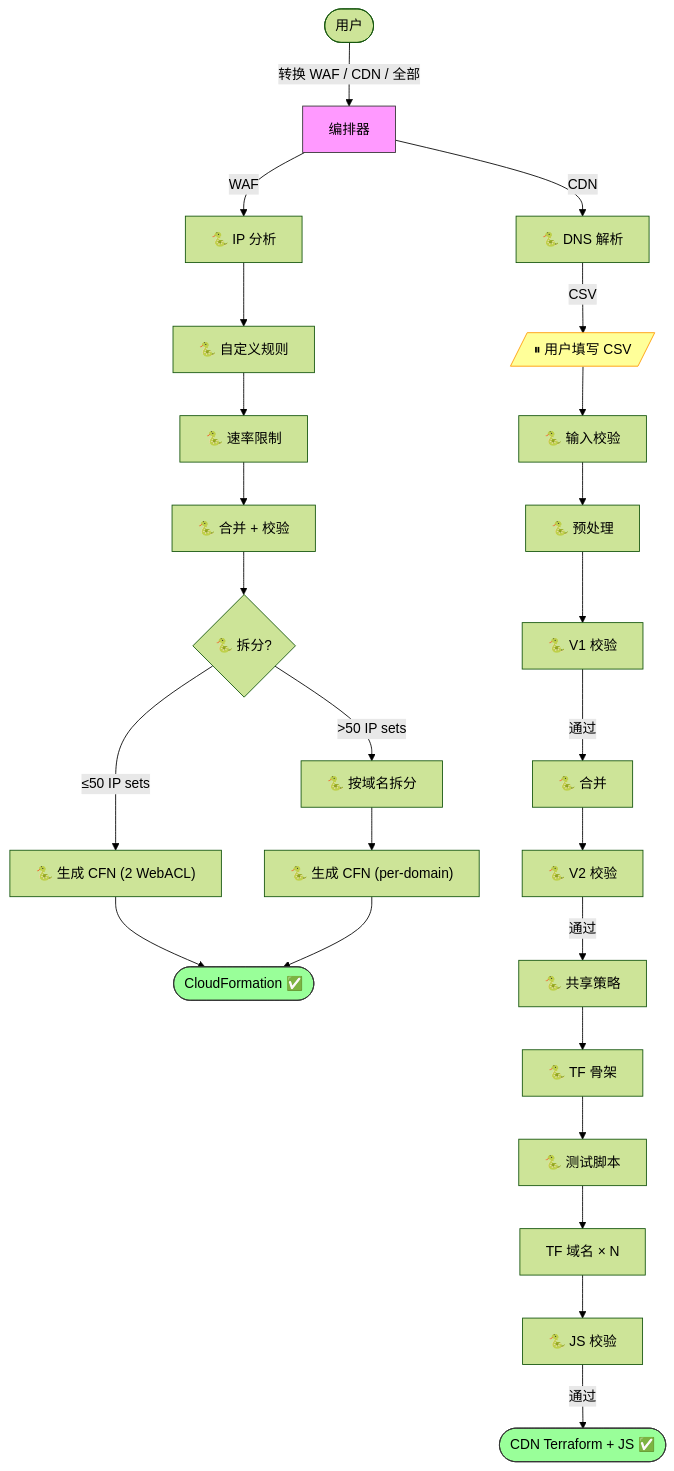
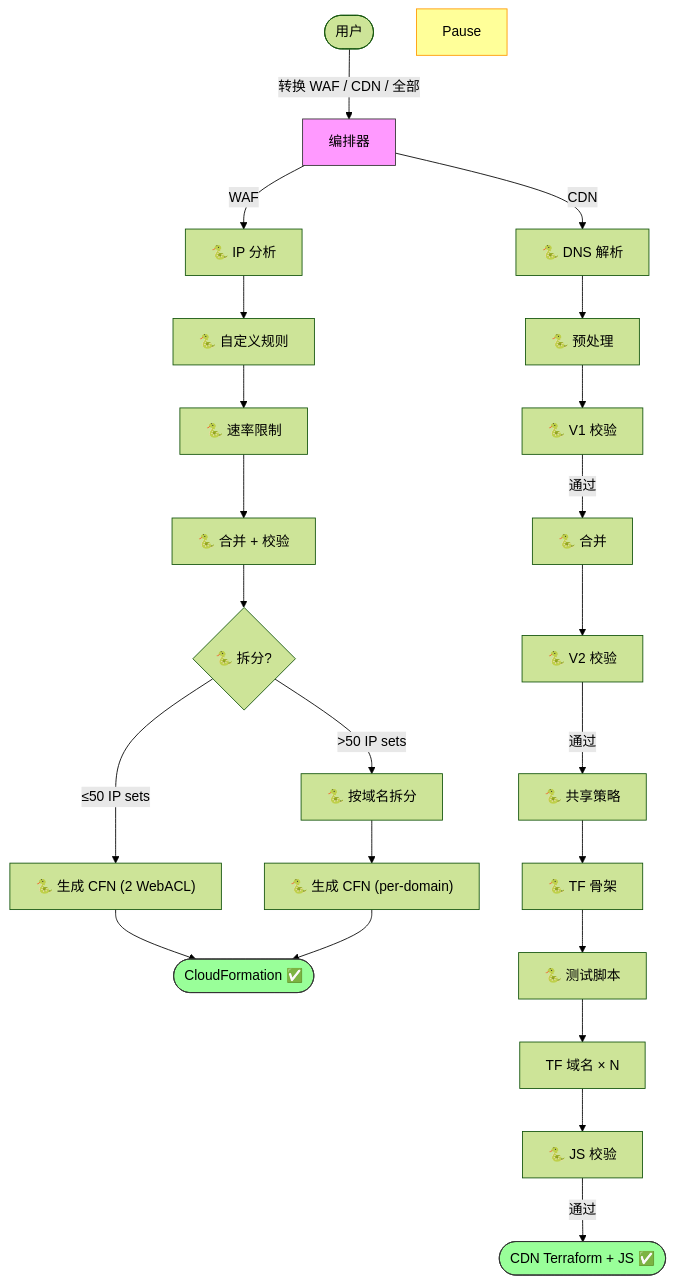
Before and after one commit to chenghit/cloudflare-aws-edge-config-converter: the diagram in README_CN.md, drawn with Mermaid (forest theme). The commit also changed other lines of this file and 5 other files, not shown here.

````diff
--- a/README_CN.md
+++ b/README_CN.md
@@ -85,25 +85,23 @@
 ```mermaid
 flowchart TD
     User([用户]) -->|"转换 WAF / CDN / 全部"| Main["编排器"]
 
     Main -->|WAF| WAF_A1["🐍 IP 分析"] --> WAF_A2["🐍 自定义规则"] --> WAF_A3["🐍 速率限制"] --> WAF_M["🐍 合并 + 校验"] --> WAF_S{"🐍 拆分?"} -->|"≤50 IP sets"| WAF_G["🐍 生成 CFN (2 WebACL)"] --> WAF_Done([CloudFormation ✅])
     WAF_S -->|">50 IP sets"| WAF_SP["🐍 按域名拆分"] --> WAF_GP["🐍 生成 CFN (per-domain)"] --> WAF_Done
 
-    Main -->|CDN| CDN1["🐍 DNS 解析"] -->|CSV| Pause[/"⏸ 用户填写 CSV"/]
-    Pause --> CDN2["🐍 输入校验"]
-    CDN2 --> CDN3["🐍 预处理"]
+    Main -->|CDN| CDN1["🐍 DNS 解析"] --> CDN3["🐍 预处理"]
     CDN3 --> CDN4["🐍 V1 校验"]
     CDN4 -->|通过| CDN5["🐍 合并"]
     CDN5 --> CDN6["🐍 V2 校验"]
     CDN6 -->|通过| CDN7["🐍 共享策略"]
     CDN7 --> CDN75["🐍 TF 骨架"]
     CDN75 --> CDN76["🐍 测试脚本"]
     CDN76 --> CDN8["TF 域名 × N"]
     CDN8 --> CDN9["🐍 JS 校验"]
     CDN9 -->|通过| CDN_Done([CDN Terraform + JS ✅])
 
     style Main fill:#f9f,stroke:#333
     style Pause fill:#ff9,stroke:#f90
     style WAF_Done fill:#9f9,stroke:#333
     style CDN_Done fill:#9f9,stroke:#333
 ```
````
